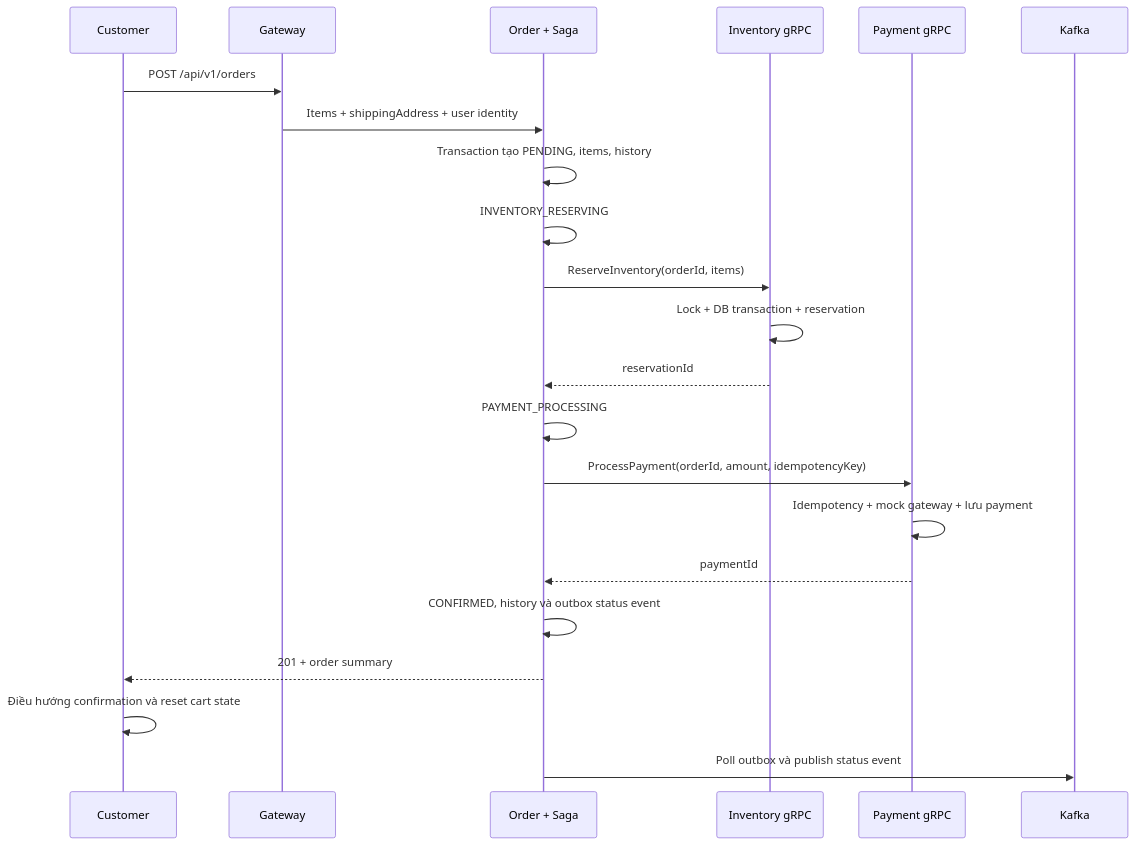
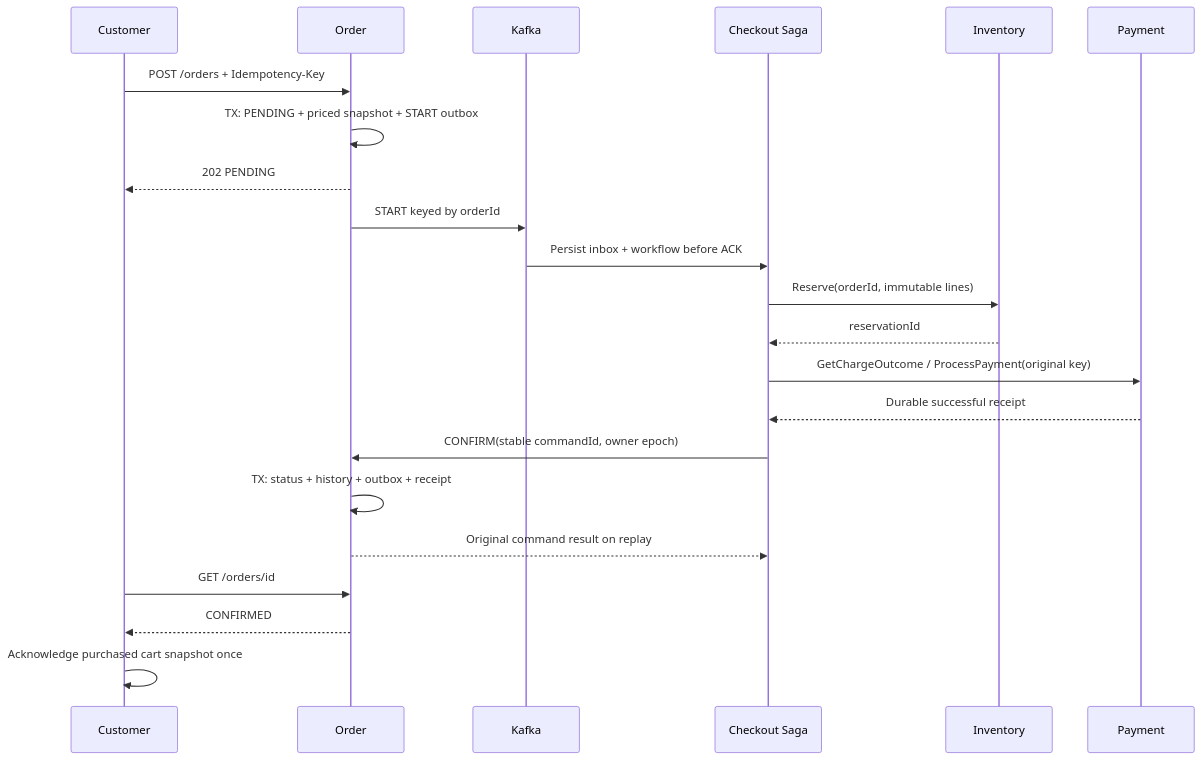
Before and after one commit to tuanpm2026/robo-mart: the fifth of 7 diagrams in docs/development-system-flow.md, drawn with Mermaid. The commit also changed other lines of this file and 141 other files, not shown here.

First line of the commit message:
Extract durable checkout Saga orchestration service

````diff
--- a/docs/development-system-flow.md
+++ b/docs/development-system-flow.md
@@ -413,24 +419,24 @@
 ```mermaid
 sequenceDiagram
     participant F as Customer
-    participant G as Gateway
-    participant O as Order + Saga
-    participant I as Inventory gRPC
-    participant P as Payment gRPC
-    participant Q as Kafka
-    F->>G: POST /api/v1/orders
-    G->>O: Items + shippingAddress + user identity
-    O->>O: Transaction tạo PENDING, items, history
-    O->>O: INVENTORY_RESERVING
-    O->>I: ReserveInventory(orderId, items)
-    I->>I: Lock + DB transaction + reservation
-    I-->>O: reservationId
-    O->>O: PAYMENT_PROCESSING
-    O->>P: ProcessPayment(orderId, amount, idempotencyKey)
-    P->>P: Idempotency + mock gateway + lưu payment
-    P-->>O: paymentId
-    O->>O: CONFIRMED, history và outbox status event
-    O-->>F: 201 + order summary
-    F->>F: Điều hướng confirmation và reset cart state
-    O->>Q: Poll outbox và publish status event
+    participant O as Order
+    participant K as Kafka
+    participant S as Checkout Saga
+    participant I as Inventory
+    participant P as Payment
+    F->>O: POST /orders + Idempotency-Key
+    O->>O: TX: PENDING + priced snapshot + START outbox
+    O-->>F: 202 PENDING
+    O->>K: START keyed by orderId
+    K->>S: Persist inbox + workflow before ACK
+    S->>I: Reserve(orderId, immutable lines)
+    I-->>S: reservationId
+    S->>P: GetChargeOutcome / ProcessPayment(original key)
+    P-->>S: Durable successful receipt
+    S->>O: CONFIRM(stable commandId, owner epoch)
+    O->>O: TX: status + history + outbox + receipt
+    O-->>S: Original command result on replay
+    F->>O: GET /orders/id
+    O-->>F: CONFIRMED
+    F->>F: Acknowledge purchased cart snapshot once
 ```
````
